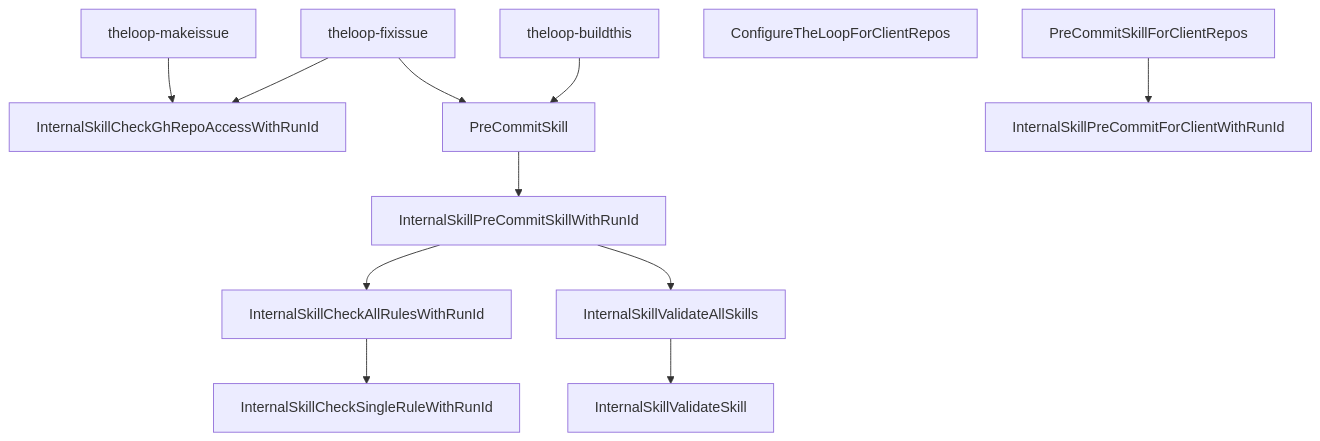
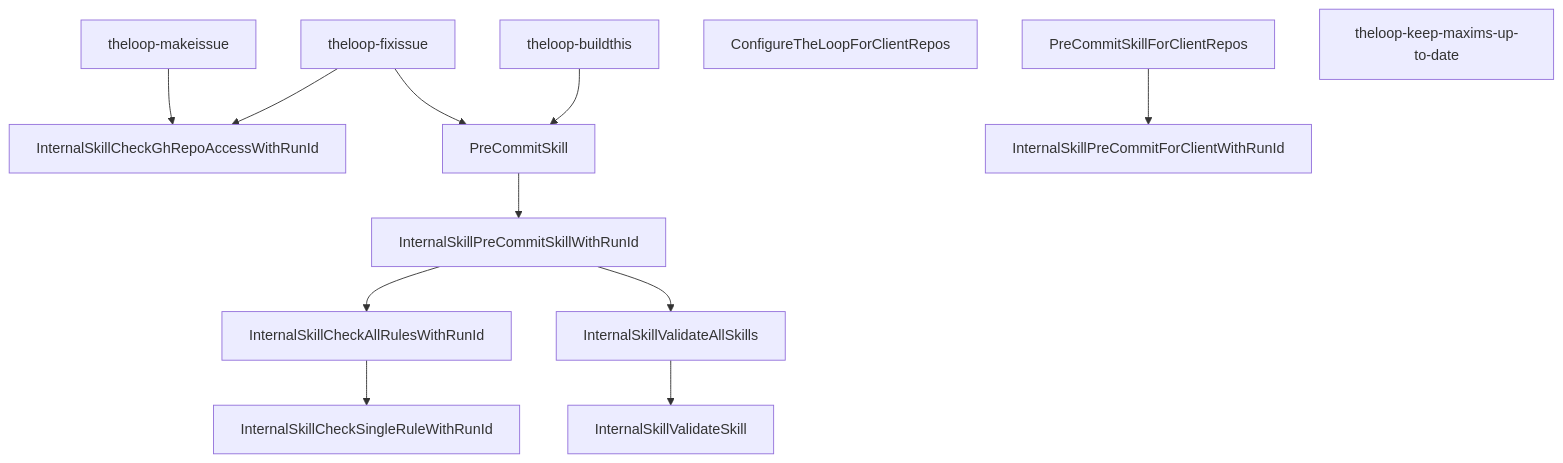
Before and after one commit to dkorolev/theloop: the diagram in .theloop/VIZ.md, drawn with Mermaid. The commit also changed other lines of this file and 16 other files, not shown here.

````diff
--- a/.theloop/VIZ.md
+++ b/.theloop/VIZ.md
@@ -42,15 +43,16 @@
 ```mermaid
 graph TD
     InternalSkillCheckGhRepoAccessWithRunId["InternalSkillCheckGhRepoAccessWithRunId"]
     theloop-makeissue["theloop-makeissue"] --> InternalSkillCheckGhRepoAccessWithRunId
     theloop-fixissue["theloop-fixissue"] --> InternalSkillCheckGhRepoAccessWithRunId
     theloop-fixissue --> PreCommitSkill["PreCommitSkill"]
     theloop-buildthis["theloop-buildthis"] --> PreCommitSkill["PreCommitSkill"]
     PreCommitSkill --> InternalSkillPreCommitSkillWithRunId["InternalSkillPreCommitSkillWithRunId"]
     InternalSkillPreCommitSkillWithRunId --> InternalSkillCheckAllRulesWithRunId["InternalSkillCheckAllRulesWithRunId"]
     InternalSkillPreCommitSkillWithRunId --> InternalSkillValidateAllSkills["InternalSkillValidateAllSkills"]
     InternalSkillCheckAllRulesWithRunId --> InternalSkillCheckSingleRuleWithRunId["InternalSkillCheckSingleRuleWithRunId"]
     InternalSkillValidateAllSkills --> InternalSkillValidateSkill["InternalSkillValidateSkill"]
     ConfigureTheLoopForClientRepos["ConfigureTheLoopForClientRepos"]
     PreCommitSkillForClientRepos["PreCommitSkillForClientRepos"] --> InternalSkillPreCommitForClientWithRunId["InternalSkillPreCommitForClientWithRunId"]
+    theloop-keep-maxims-up-to-date["theloop-keep-maxims-up-to-date"]
 ```
````
